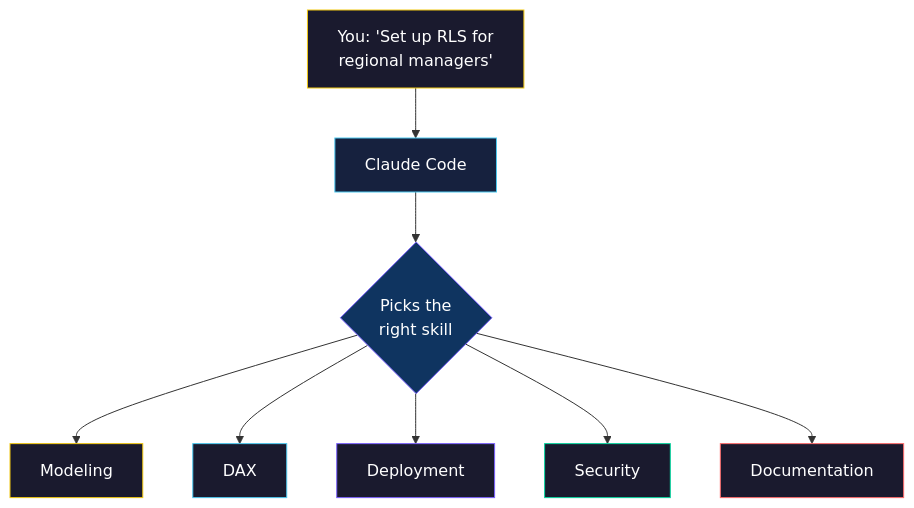
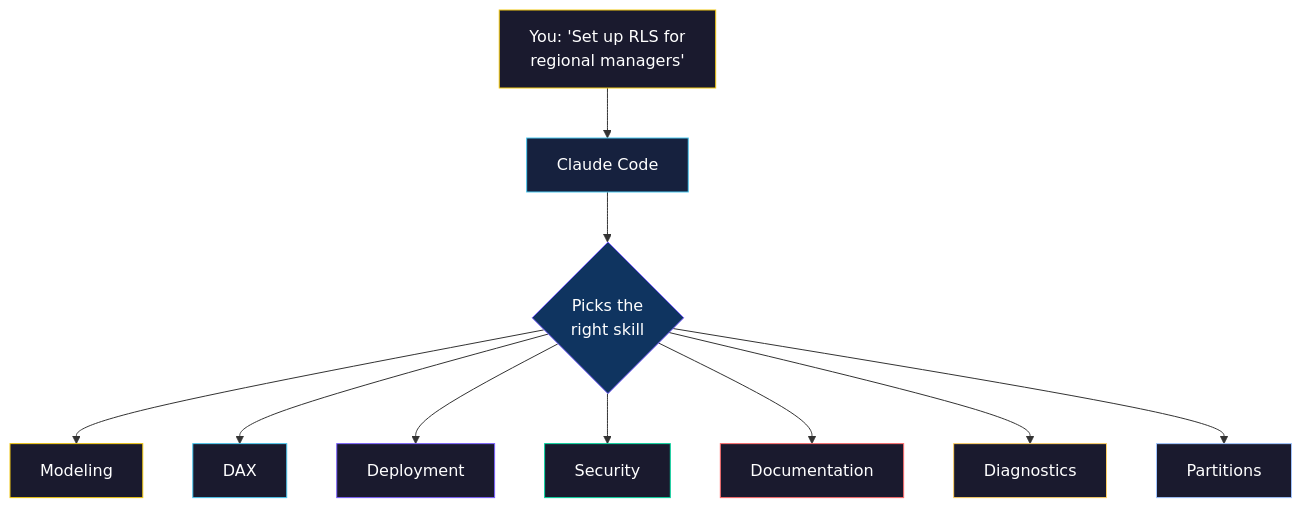
One commit to adamreichenbach/pbi-cli changed the second of 3 diagrams in README.md. Above: the diagram before and after it, drawn with Mermaid. The commit also changed other lines of this file and 68 other files, not shown here.

````diff
--- a/README.md
+++ b/README.md
@@ -84,19 +84,23 @@
 ```mermaid
 graph TD
     YOU["You: 'Set up RLS for<br/>regional managers'"] --> CC["Claude Code"]
     CC --> SK{"Picks the<br/>right skill"}
     SK --> S1["Modeling"]
     SK --> S2["DAX"]
     SK --> S3["Deployment"]
     SK --> S4["Security"]
     SK --> S5["Documentation"]
+    SK --> S6["Diagnostics"]
+    SK --> S7["Partitions"]
 
     style YOU fill:#1a1a2e,stroke:#f2c811,color:#fff
     style CC fill:#16213e,stroke:#4cc9f0,color:#fff
     style SK fill:#0f3460,stroke:#7b61ff,color:#fff
     style S1 fill:#1a1a2e,stroke:#f2c811,color:#fff
     style S2 fill:#1a1a2e,stroke:#4cc9f0,color:#fff
     style S3 fill:#1a1a2e,stroke:#7b61ff,color:#fff
     style S4 fill:#1a1a2e,stroke:#06d6a0,color:#fff
     style S5 fill:#1a1a2e,stroke:#ff6b6b,color:#fff
+    style S6 fill:#1a1a2e,stroke:#ffd166,color:#fff
+    style S7 fill:#1a1a2e,stroke:#a0c4ff,color:#fff
 ```
````
